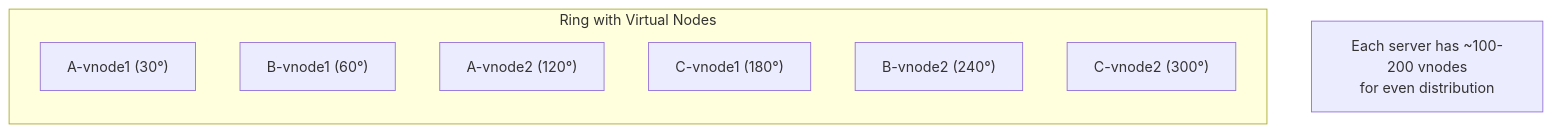
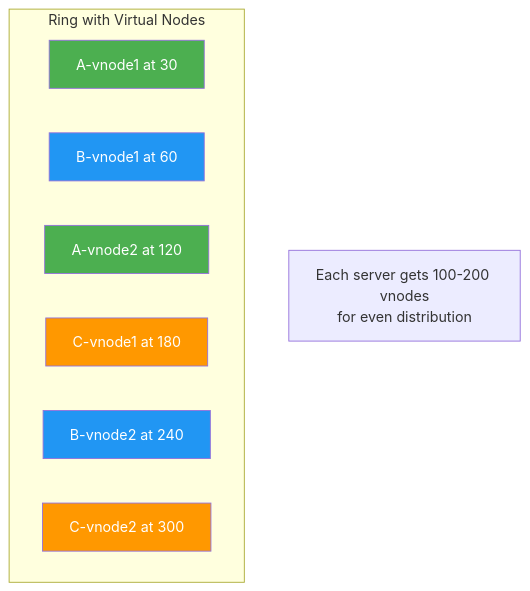
One commit to EndianKnight/interview-prep changed the third of 3 diagrams in 02-system-design/fundamentals/12-consistent-hashing.md. Above: the diagram before and after it, drawn with Mermaid. The commit also changed other lines of this file and 5 other files, not shown here.

````diff
--- a/02-system-design/fundamentals/12-consistent-hashing.md
+++ b/02-system-design/fundamentals/12-consistent-hashing.md
@@ -70,14 +69,20 @@
 ```mermaid
 graph TD
-    subgraph "Ring with Virtual Nodes"
-        direction TB
-        A1["A-vnode1 (30°)"]
-        B1["B-vnode1 (60°)"]
-        A2["A-vnode2 (120°)"]
-        C1["C-vnode1 (180°)"]
-        B2["B-vnode2 (240°)"]
-        C2["C-vnode2 (300°)"]
+    subgraph VRing["Ring with Virtual Nodes"]
+        A1["A-vnode1 at 30"]
+        B1["B-vnode1 at 60"]
+        A2["A-vnode2 at 120"]
+        C1["C-vnode1 at 180"]
+        B2["B-vnode2 at 240"]
+        C2["C-vnode2 at 300"]
     end
 
-    Note["Each server has ~100-200 vnodes<br/>for even distribution"]
+    Info["Each server gets 100-200 vnodes<br/>for even distribution"]
+
+    style A1 fill:#4CAF50,color:#fff
+    style A2 fill:#4CAF50,color:#fff
+    style B1 fill:#2196F3,color:#fff
+    style B2 fill:#2196F3,color:#fff
+    style C1 fill:#FF9800,color:#fff
+    style C2 fill:#FF9800,color:#fff
 ```
````
